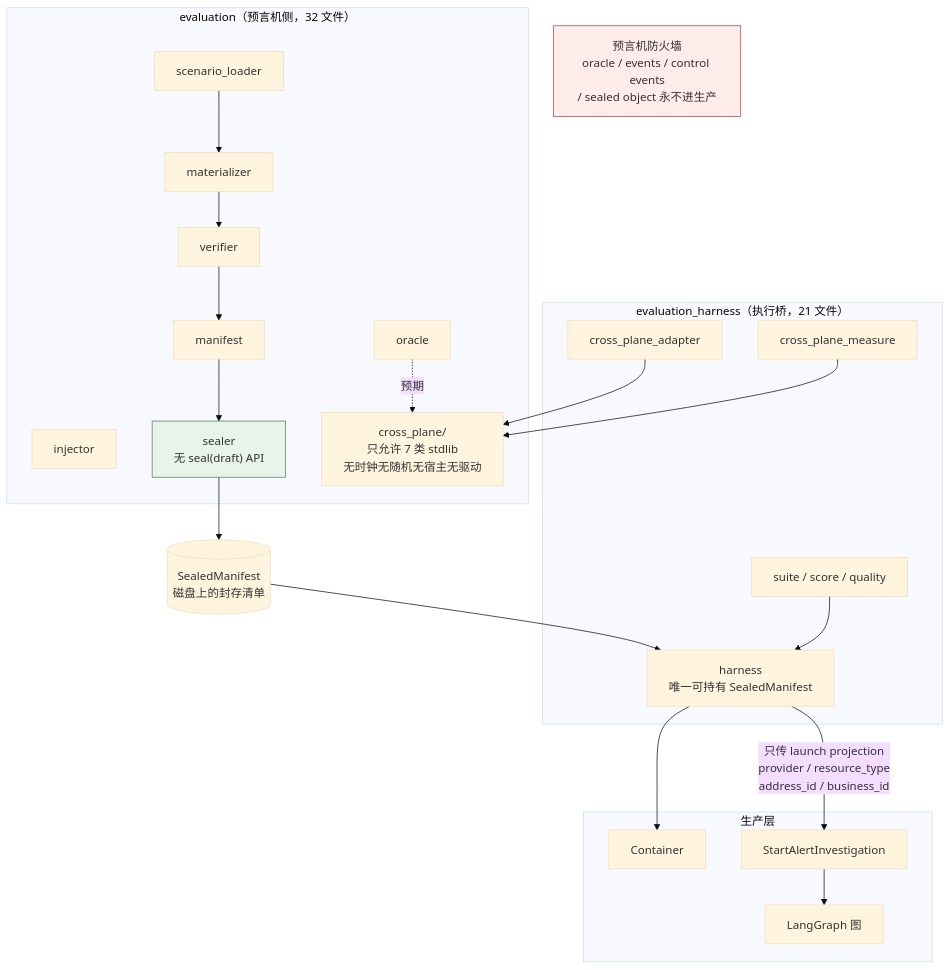
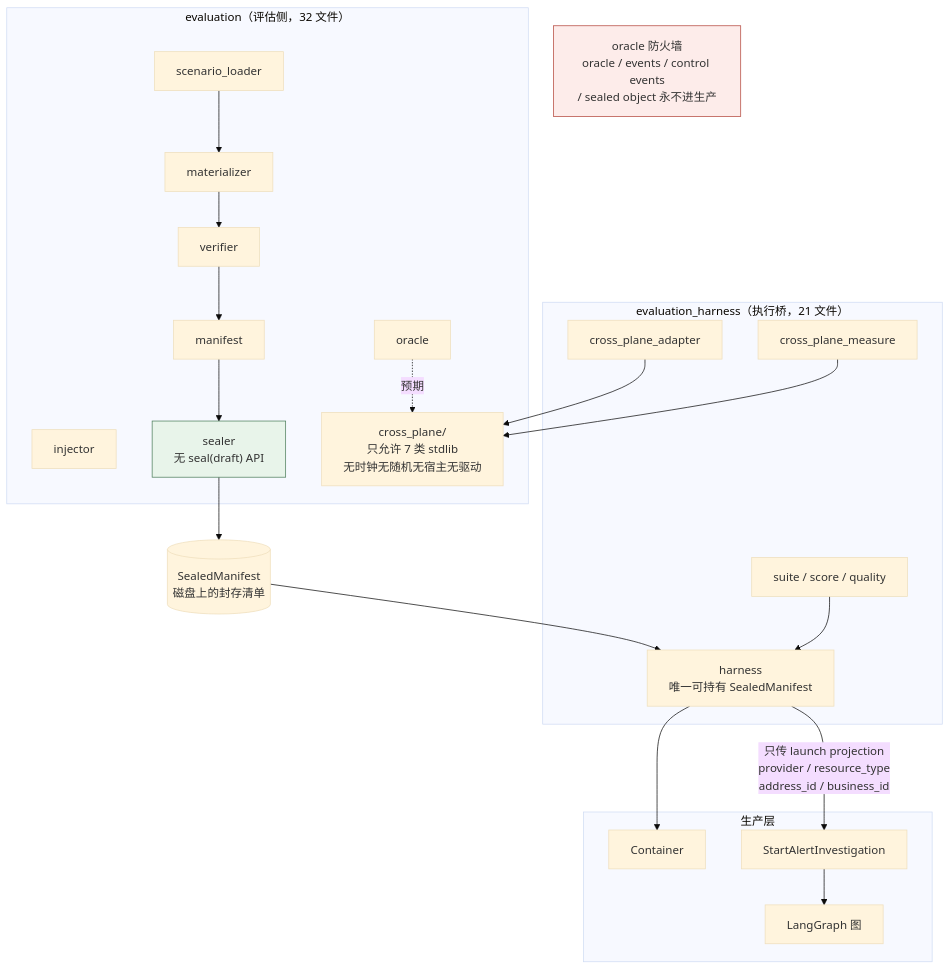
One commit to xsc683/HISIEM-SOC-Copilot changed the first of 3 diagrams in docs/architecture-analysis/08-评估体系.md. Above: the diagram before and after it, drawn with Mermaid. The commit also changed other lines of this file and 20 other files, not shown here.

````diff
--- a/docs/architecture-analysis/08-评估体系.md
+++ b/docs/architecture-analysis/08-评估体系.md
@@ -276,46 +276,46 @@
 ```mermaid
 ---
 config:
   theme: base
   themeVariables:
     fontFamily: YaHei
 ---
 flowchart TB
-    subgraph ORACLE["evaluation（预言机侧，32 文件）"]
+    subgraph ORACLE["evaluation（评估侧，32 文件）"]
         SC["scenario_loader"]
         MAT["materializer"]
         INJ["injector"]
         VER["verifier"]
         MAN["manifest"]
         SEA["sealer<br/>无 seal(draft) API"]
         ORA["oracle"]
         CP["cross_plane/<br/>只允许 7 类 stdlib<br/>无时钟无随机无宿主无驱动"]
     end
     subgraph BRIDGE["evaluation_harness（执行桥，21 文件）"]
         HAR["harness<br/>唯一可持有 SealedManifest"]
         AD["cross_plane_adapter"]
         MEAS["cross_plane_measure"]
         SUITE["suite / score / quality"]
     end
     subgraph PROD["生产层"]
         CON["Container"]
         SAL["StartAlertInvestigation"]
         GRAPH["LangGraph 图"]
     end
     SEALED[("SealedManifest<br/>磁盘上的封存清单")]
 
     SC --> MAT --> VER --> MAN --> SEA --> SEALED
     ORA -.->|预期| CP
     SEALED --> HAR
     HAR -->|"只传 launch projection<br/>provider / resource_type<br/>address_id / business_id"| SAL
     SAL --> GRAPH
     HAR --> CON
     AD --> CP
     MEAS --> CP
     SUITE --> HAR
 
-    FIREWALL["预言机防火墙<br/>oracle / events / control events<br/>/ sealed object 永不进生产"]
+    FIREWALL["oracle 防火墙<br/>oracle / events / control events<br/>/ sealed object 永不进生产"]
 
     style FIREWALL fill:#fdecea,stroke:#b3453a
     style SEA fill:#e8f4ea,stroke:#4a7c59
 ```
````
